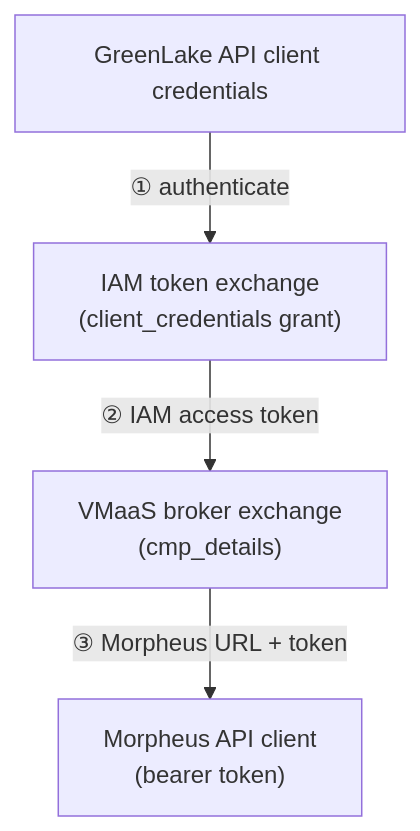
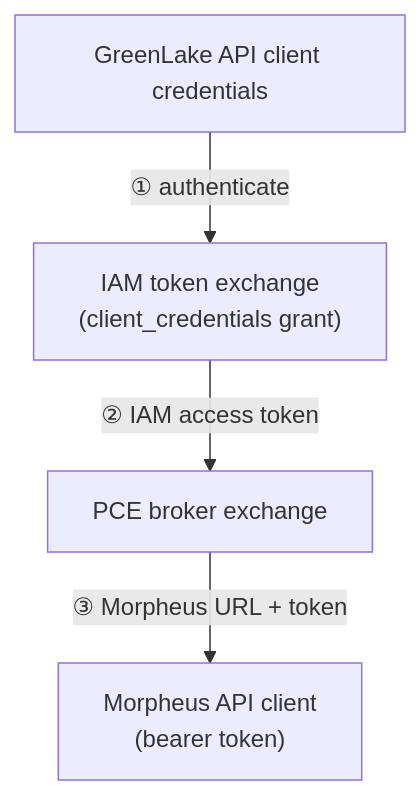
One commit to HPE/terraform-provider-hpe changed the diagram in morpheus/pce/sdk/README.md. Above: the diagram before and after it, drawn with Mermaid. The commit also changed other lines of this file and 10 other files, not shown here.

Commit message:
Scrub non-public info from docs. Tidy schema.

````diff
--- a/morpheus/pce/sdk/README.md
+++ b/morpheus/pce/sdk/README.md
@@ -27,11 +26,11 @@
 ```mermaid
 flowchart TD
     creds["GreenLake API client credentials"]
     iam["IAM token exchange<br/>(client_credentials grant)"]
-    broker["VMaaS broker exchange<br/>(cmp_details)"]
+    broker["PCE broker exchange"]
     morpheus["Morpheus API client<br/>(bearer token)"]
 
     creds -->|"① authenticate"| iam
     iam -->|"② IAM access token"| broker
     broker -->|"③ Morpheus URL + token"| morpheus
 ```
````
